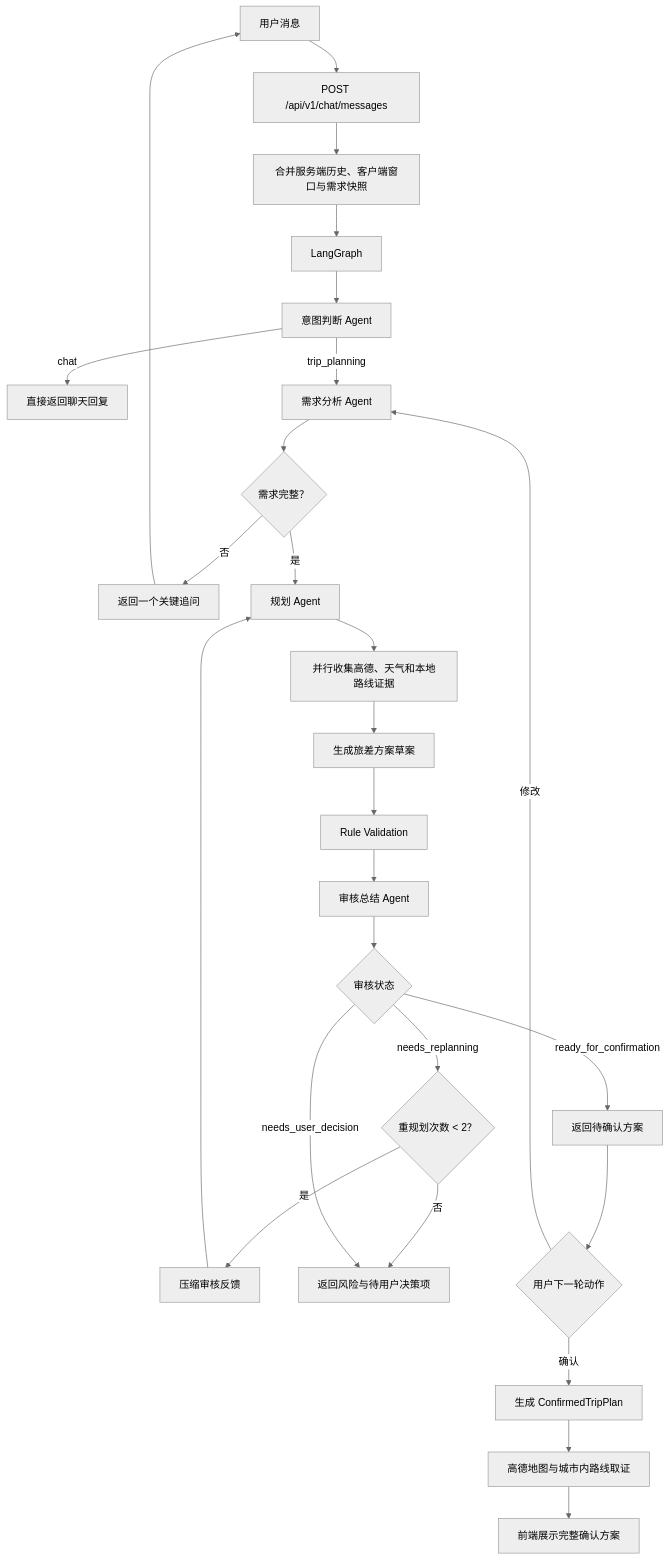
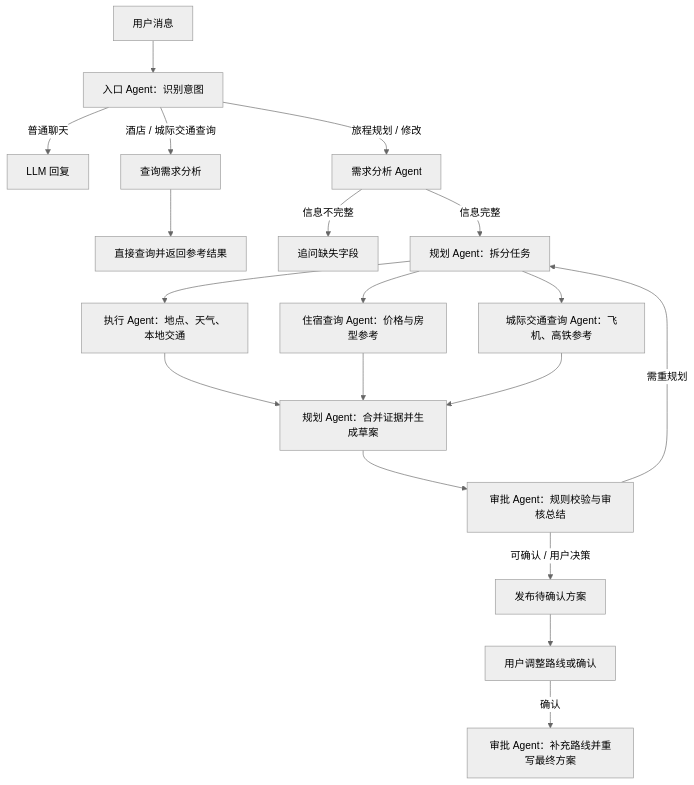
One commit to GuLu37/TripWeave changed the diagram in README.md. Above: the diagram before and after it, drawn with Mermaid (neutral theme). The commit also changed other lines of this file and 2 other files, not shown here.

````diff
--- a/README.md
+++ b/README.md
@@ -25,29 +40,21 @@
 ```mermaid
 flowchart TD
-    A["用户消息"] --> B["POST /api/v1/chat/messages"]
-    B --> C["合并服务端历史、客户端窗口与需求快照"]
-    C --> D["LangGraph"]
-    D --> E["意图判断 Agent"]
-    E -- "chat" --> F["直接返回聊天回复"]
-    E -- "trip_planning" --> G["需求分析 Agent"]
-    G --> H{"需求完整？"}
-    H -- "否" --> I["返回一个关键追问"]
-    I --> A
-    H -- "是" --> J["规划 Agent"]
-    J --> K["并行收集高德、天气和本地路线证据"]
-    K --> L["生成旅差方案草案"]
-    L --> M["Rule Validation"]
-    M --> N["审核总结 Agent"]
-    N --> O{"审核状态"}
-    O -- "ready_for_confirmation" --> P["返回待确认方案"]
-    O -- "needs_replanning" --> Q{"重规划次数 < 2？"}
-    Q -- "是" --> R["压缩审核反馈"]
-    R --> J
-    Q -- "否" --> S["返回风险与待用户决策项"]
-    O -- "needs_user_decision" --> S
-    P --> T{"用户下一轮动作"}
-    T -- "修改" --> G
-    T -- "确认" --> U["生成 ConfirmedTripPlan"]
-    U --> V["高德地图与城市内路线取证"]
-    V --> W["前端展示完整确认方案"]
+    A["用户消息"] --> B["入口 Agent：识别意图"]
+    B -->|"普通聊天"| C["LLM 回复"]
+    B -->|"酒店 / 城际交通查询"| D["查询需求分析"]
+    D --> E["直接查询并返回参考结果"]
+    B -->|"旅程规划 / 修改"| F["需求分析 Agent"]
+    F -->|"信息不完整"| G["追问缺失字段"]
+    F -->|"信息完整"| H["规划 Agent：拆分任务"]
+    H --> I["执行 Agent：地点、天气、本地交通"]
+    H --> J["住宿查询 Agent：价格与房型参考"]
+    H --> K["城际交通查询 Agent：飞机、高铁参考"]
+    I --> L["规划 Agent：合并证据并生成草案"]
+    J --> L
+    K --> L
+    L --> M["审批 Agent：规则校验与审核总结"]
+    M -->|"需重规划"| H
+    M -->|"可确认 / 用户决策"| N["发布待确认方案"]
+    N --> O["用户调整路线或确认"]
+    O -->|"确认"| P["审批 Agent：补充路线并重写最终方案"]
 ```
````
